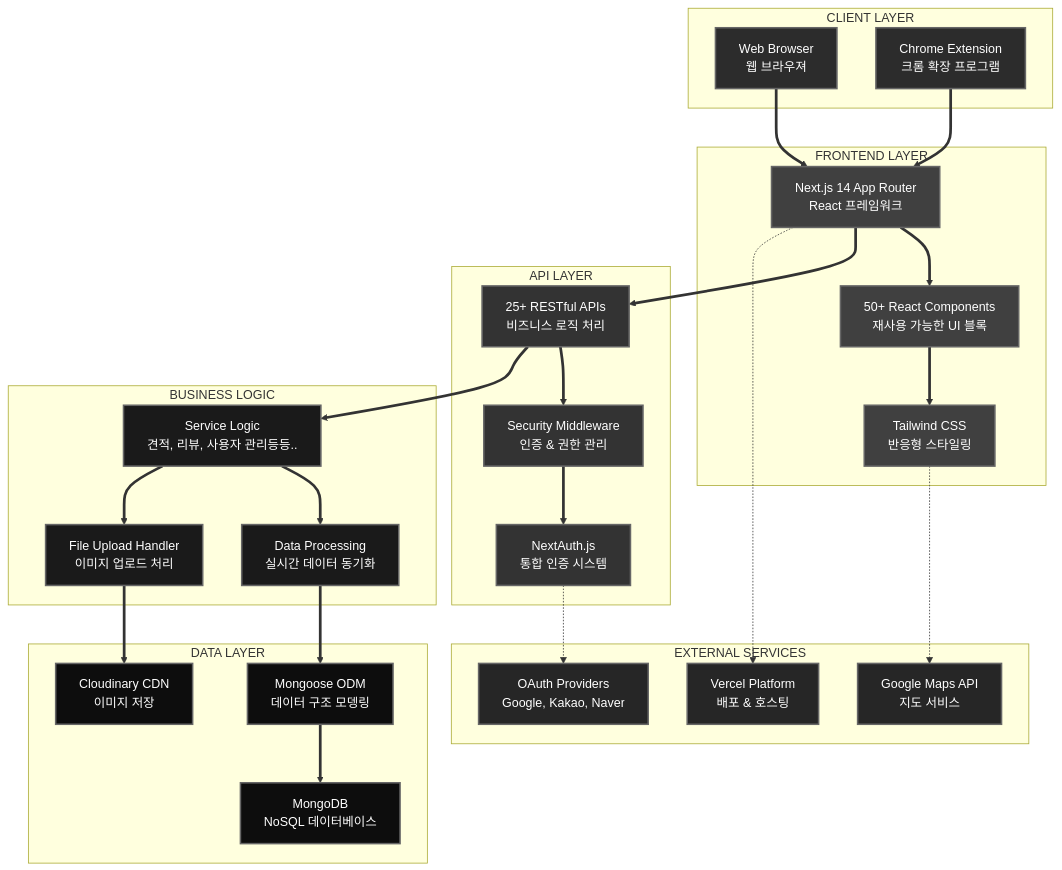
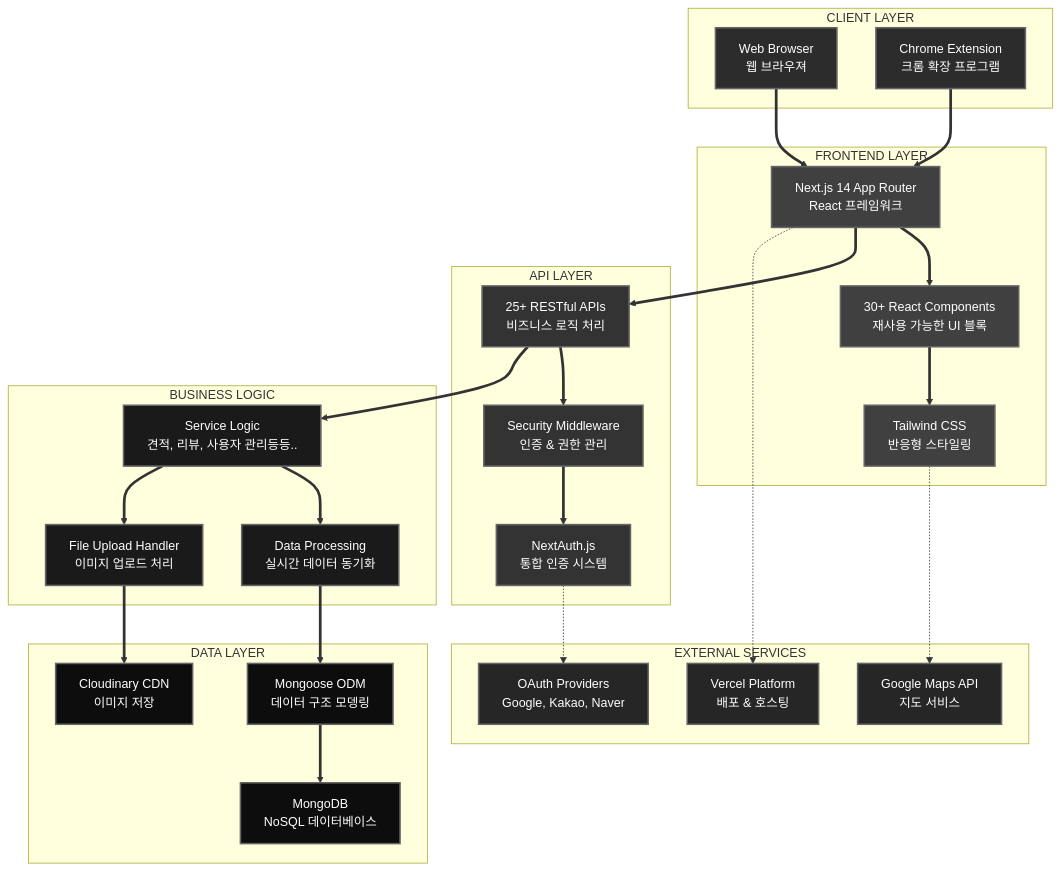
Before and after one commit to EunGeunHi/wellcomplus: the diagram in README.md, drawn with Mermaid. The commit also changed other lines of this file and 7 other files, not shown here.

````diff
--- a/README.md
+++ b/README.md
@@ -116,76 +116,76 @@
 ```mermaid
 graph TD
     subgraph "CLIENT LAYER"
         A["Web Browser<br/>웹 브라우져"]
         B["Chrome Extension<br/>크롬 확장 프로그램"]
     end
 
     subgraph "FRONTEND LAYER"
         C["Next.js 14 App Router<br/>React 프레임워크"]
-        D["50+ React Components<br/>재사용 가능한 UI 블록"]
+        D["30+ React Components<br/>재사용 가능한 UI 블록"]
         E["Tailwind CSS<br/>반응형 스타일링"]
     end
 
     subgraph "API LAYER"
         F["25+ RESTful APIs<br/>비즈니스 로직 처리"]
         G["Security Middleware<br/>인증 & 권한 관리"]
         H["NextAuth.js<br/>통합 인증 시스템"]
     end
 
     subgraph "BUSINESS LOGIC"
         I["Service Logic<br/>견적, 리뷰, 사용자 관리등등.."]
         J["Data Processing<br/>실시간 데이터 동기화"]
         K["File Upload Handler<br/>이미지 업로드 처리"]
     end
 
     subgraph "DATA LAYER"
         L["MongoDB<br/>NoSQL 데이터베이스"]
         M["Mongoose ODM<br/>데이터 구조 모뎅링"]
         N["Cloudinary CDN<br/>이미지 저장"]
     end
 
     subgraph "EXTERNAL SERVICES"
         O["OAuth Providers<br/>Google, Kakao, Naver"]
         P["Vercel Platform<br/>배포 & 호스팅"]
         Q["Google Maps API<br/>지도 서비스"]
     end
 
     %% 주요 데이터 흐름
     A ==> C
     B ==> C
     C ==> D
     D ==> E
     C ==> F
     F ==> G
     G ==> H
     F ==> I
     I ==> J
     I ==> K
     J ==> M
     K ==> N
     M ==> L
 
     %% 외부 서비스 연결
     H -.-> O
     C -.-> P
     E -.-> Q
 
     %% 검정계열 스타일링 통일
     style A fill:#2c2c2c,stroke:#666666,stroke-width:2px,color:#ffffff
     style B fill:#2c2c2c,stroke:#666666,stroke-width:2px,color:#ffffff
     style C fill:#404040,stroke:#666666,stroke-width:2px,color:#ffffff
     style D fill:#404040,stroke:#666666,stroke-width:2px,color:#ffffff
     style E fill:#404040,stroke:#666666,stroke-width:2px,color:#ffffff
     style F fill:#333333,stroke:#666666,stroke-width:2px,color:#ffffff
     style G fill:#333333,stroke:#666666,stroke-width:2px,color:#ffffff
     style H fill:#333333,stroke:#666666,stroke-width:2px,color:#ffffff
     style I fill:#1a1a1a,stroke:#666666,stroke-width:2px,color:#ffffff
     style J fill:#1a1a1a,stroke:#666666,stroke-width:2px,color:#ffffff
     style K fill:#1a1a1a,stroke:#666666,stroke-width:2px,color:#ffffff
     style L fill:#0d0d0d,stroke:#666666,stroke-width:2px,color:#ffffff
     style M fill:#0d0d0d,stroke:#666666,stroke-width:2px,color:#ffffff
     style N fill:#0d0d0d,stroke:#666666,stroke-width:2px,color:#ffffff
     style O fill:#262626,stroke:#666666,stroke-width:2px,color:#ffffff
     style P fill:#262626,stroke:#666666,stroke-width:2px,color:#ffffff
     style Q fill:#262626,stroke:#666666,stroke-width:2px,color:#ffffff
 ```
````
